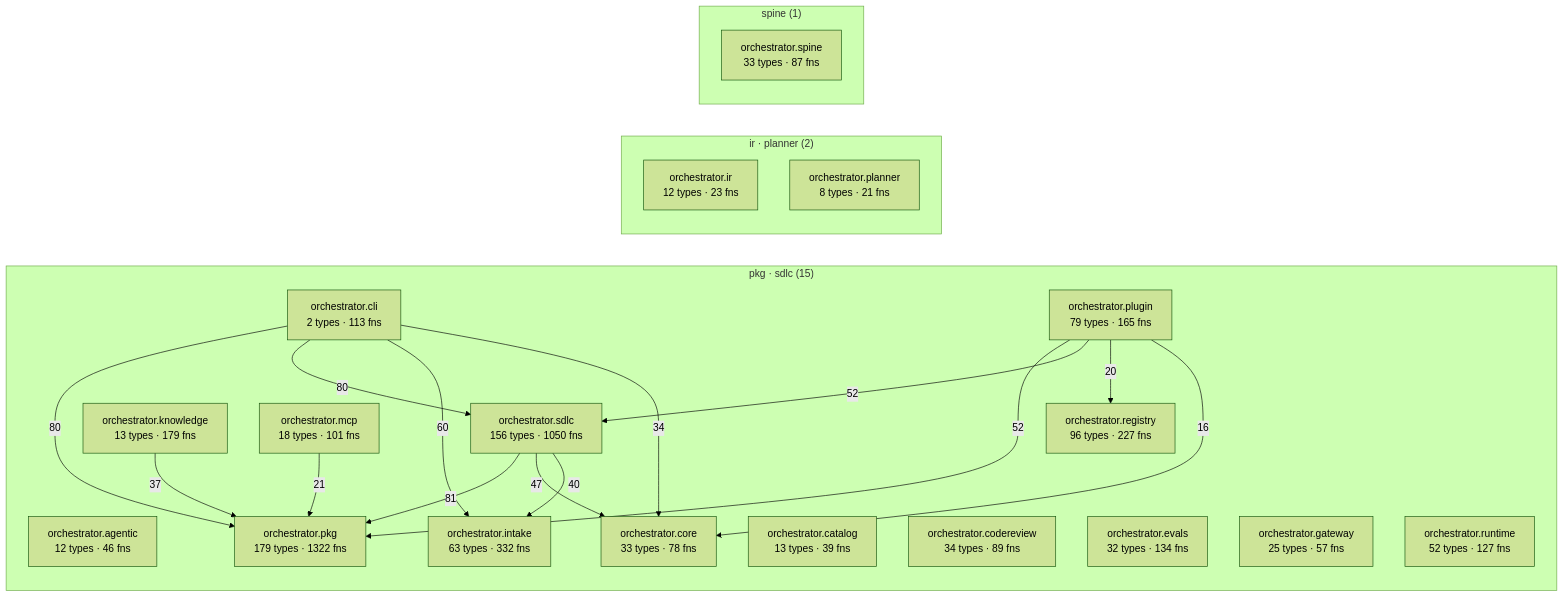
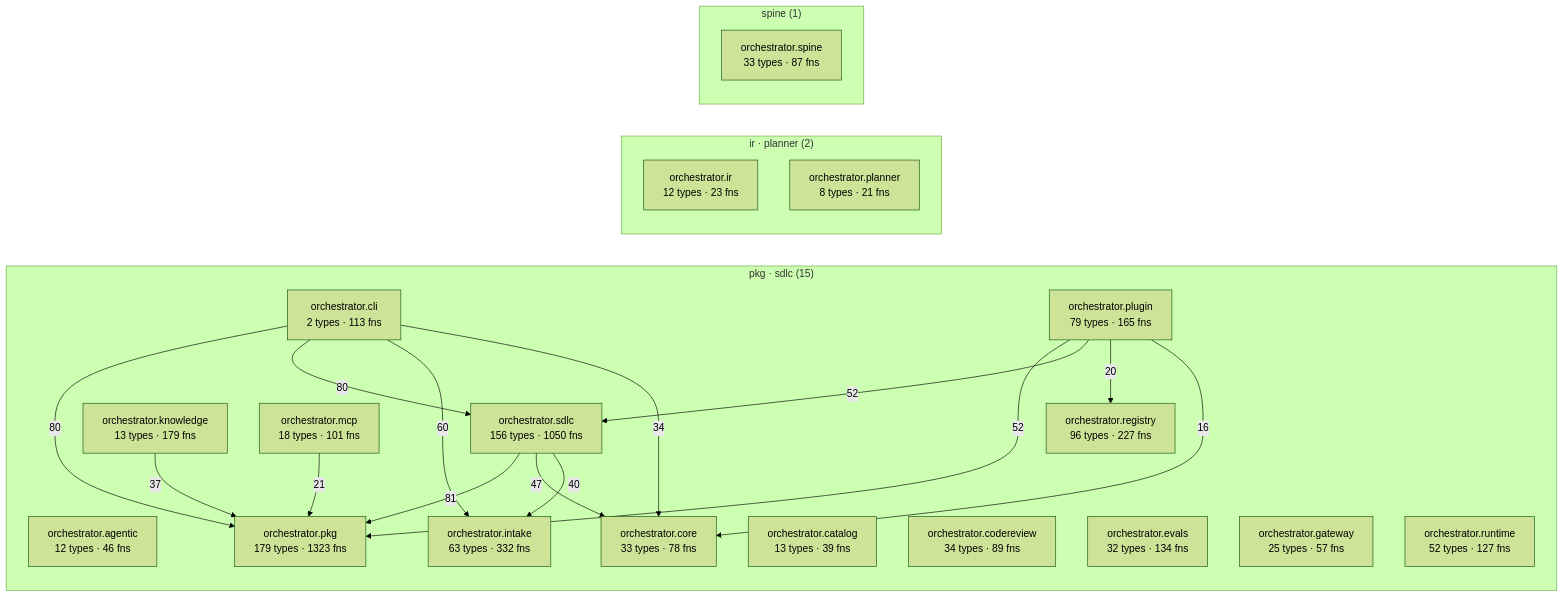
The diagram in episteme/architecture.md (synaptixs/spine), drawn with Mermaid (forest theme) before and after one commit. The commit also changed other lines of this file and 16 other files, not shown here.

````diff
--- a/episteme/architecture.md
+++ b/episteme/architecture.md
@@ -56,40 +56,40 @@
 ```mermaid
 flowchart LR
   subgraph c_2["pkg · sdlc (15)"]
     aorchestratoragentic["orchestrator.agentic<br/>12 types · 46 fns"]
     aorchestratorcatalog["orchestrator.catalog<br/>13 types · 39 fns"]
     aorchestratorcli["orchestrator.cli<br/>2 types · 113 fns"]
     aorchestratorcodereview["orchestrator.codereview<br/>34 types · 89 fns"]
     aorchestratorcore["orchestrator.core<br/>33 types · 78 fns"]
     aorchestratorevals["orchestrator.evals<br/>32 types · 134 fns"]
     aorchestratorgateway["orchestrator.gateway<br/>25 types · 57 fns"]
     aorchestratorintake["orchestrator.intake<br/>63 types · 332 fns"]
     aorchestratorknowledge["orchestrator.knowledge<br/>13 types · 179 fns"]
     aorchestratormcp["orchestrator.mcp<br/>18 types · 101 fns"]
-    aorchestratorpkg["orchestrator.pkg<br/>179 types · 1322 fns"]
+    aorchestratorpkg["orchestrator.pkg<br/>179 types · 1323 fns"]
     aorchestratorplugin["orchestrator.plugin<br/>79 types · 165 fns"]
     aorchestratorregistry["orchestrator.registry<br/>96 types · 227 fns"]
     aorchestratorruntime["orchestrator.runtime<br/>52 types · 127 fns"]
     aorchestratorsdlc["orchestrator.sdlc<br/>156 types · 1050 fns"]
   end
   subgraph c_5["ir · planner (2)"]
     aorchestratorir["orchestrator.ir<br/>12 types · 23 fns"]
     aorchestratorplanner["orchestrator.planner<br/>8 types · 21 fns"]
   end
   subgraph c_10["spine (1)"]
     aorchestratorspine["orchestrator.spine<br/>33 types · 87 fns"]
   end
   aorchestratorsdlc -->|81| aorchestratorpkg
   aorchestratorcli -->|80| aorchestratorpkg
   aorchestratorcli -->|80| aorchestratorsdlc
   aorchestratorcli -->|60| aorchestratorintake
   aorchestratorplugin -->|52| aorchestratorpkg
   aorchestratorplugin -->|52| aorchestratorsdlc
   aorchestratorsdlc -->|47| aorchestratorcore
   aorchestratorsdlc -->|40| aorchestratorintake
   aorchestratorknowledge -->|37| aorchestratorpkg
   aorchestratorcli -->|34| aorchestratorcore
   aorchestratormcp -->|21| aorchestratorpkg
   aorchestratorplugin -->|20| aorchestratorregistry
   aorchestratorplugin -->|16| aorchestratorcore
 ```
````
